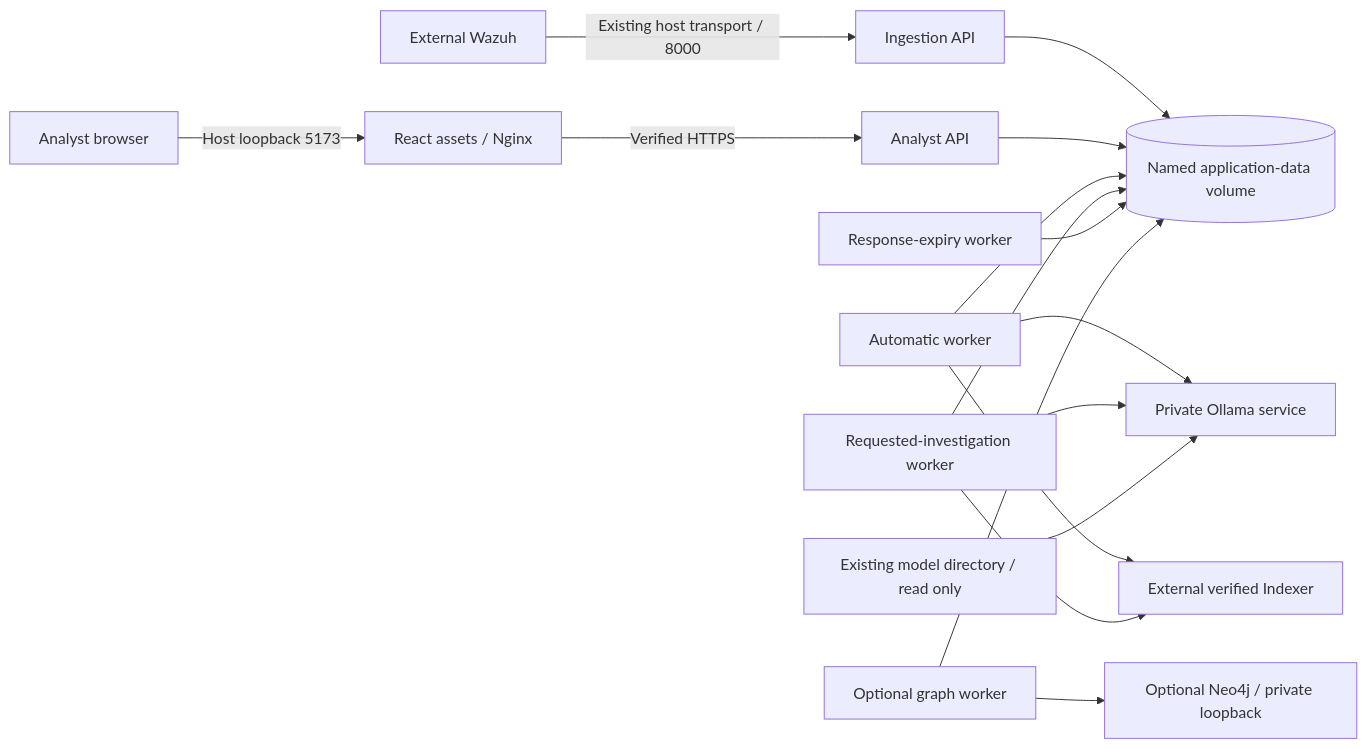
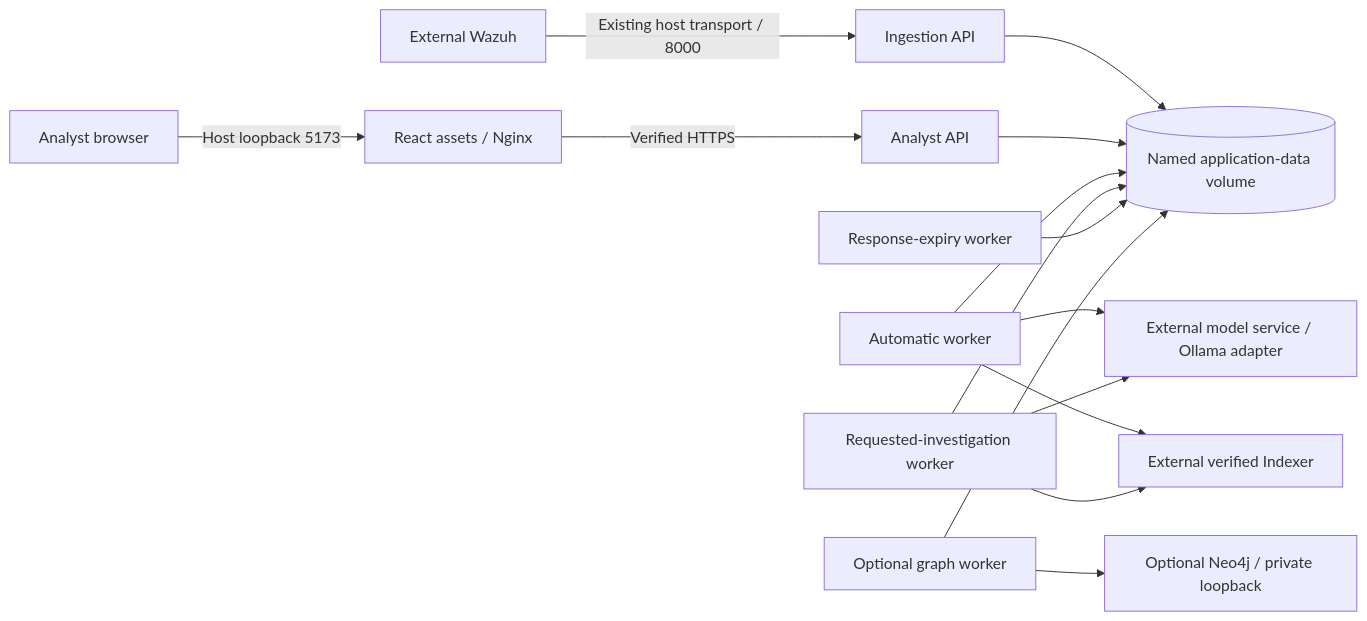
The diagram in docs/architecture/containers.md (Zouhairgurtaoui/cybertriage), drawn with Mermaid before and after one commit. The commit also changed other lines of this file and 26 other files, not shown here.

````diff
--- a/docs/architecture/containers.md
+++ b/docs/architecture/containers.md
@@ -9,18 +9,17 @@
 ```mermaid
 flowchart LR
     Browser[Analyst browser] -->|Host loopback 5173| Web[React assets / Nginx]
     Web -->|Verified HTTPS| API[Analyst API]
     Wazuh[External Wazuh] -->|Existing host transport / 8000| Ingest[Ingestion API]
     Ingest --> Data[(Named application-data volume)]
     API --> Data
     Automatic[Automatic worker] --> Data
     Requested[Requested-investigation worker] --> Data
     Expiry[Response-expiry worker] --> Data
-    Automatic --> Ollama[Private Ollama service]
+    Automatic --> Ollama[External model service / Ollama adapter]
     Requested --> Ollama
-    Weights[Existing model directory / read only] --> Ollama
     Automatic --> Indexer[External verified Indexer]
     Requested --> Indexer
     Projection[Optional graph worker] --> Data
     Projection --> Neo4j[Optional Neo4j / private loopback]
 ```
````
